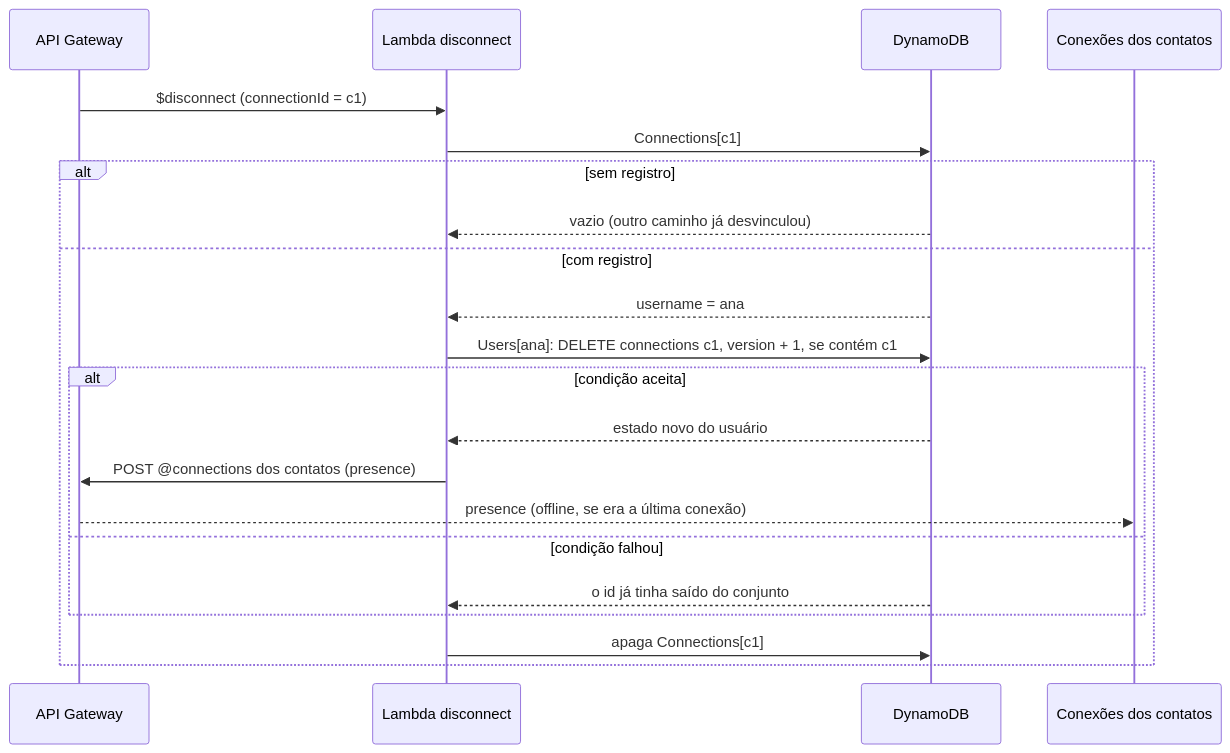
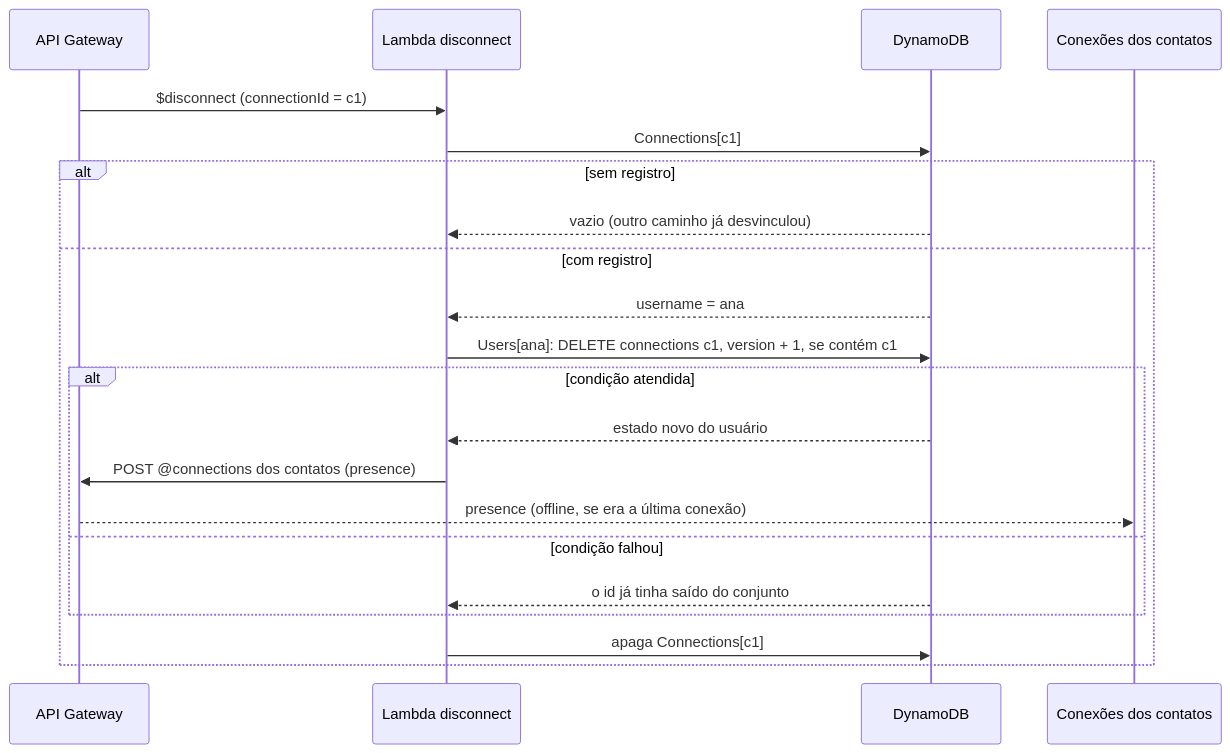
Before and after one commit to felipdsa21/hub-websocket-sd: the fourth of 4 diagrams in docs/sessao.md, drawn with Mermaid. The commit also changed other lines of this file and 2 other files, not shown here.

````diff
--- a/docs/sessao.md
+++ b/docs/sessao.md
@@ -140,24 +147,24 @@
 ```mermaid
 sequenceDiagram
     participant G as API Gateway
     participant L as Lambda disconnect
     participant D as DynamoDB
     participant K as Conexões dos contatos
 
     G->>L: $disconnect (connectionId = c1)
     L->>D: Connections[c1]
     alt sem registro
         D-->>L: vazio (outro caminho já desvinculou)
     else com registro
         D-->>L: username = ana
         L->>D: Users[ana]: DELETE connections c1, version + 1, se contém c1
-        alt condição aceita
+        alt condição atendida
             D-->>L: estado novo do usuário
             L->>G: POST @connections dos contatos (presence)
             G-->>K: presence (offline, se era a última conexão)
         else condição falhou
             D-->>L: o id já tinha saído do conjunto
         end
         L->>D: apaga Connections[c1]
     end
 ```
````
